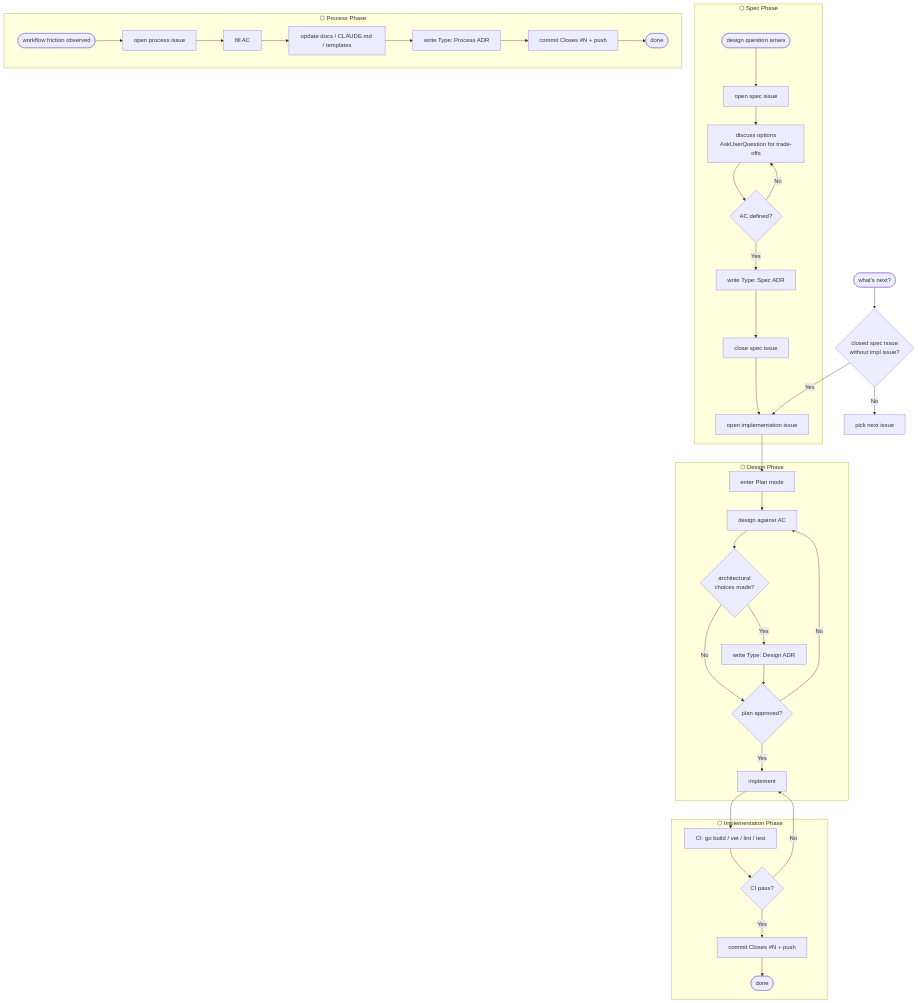
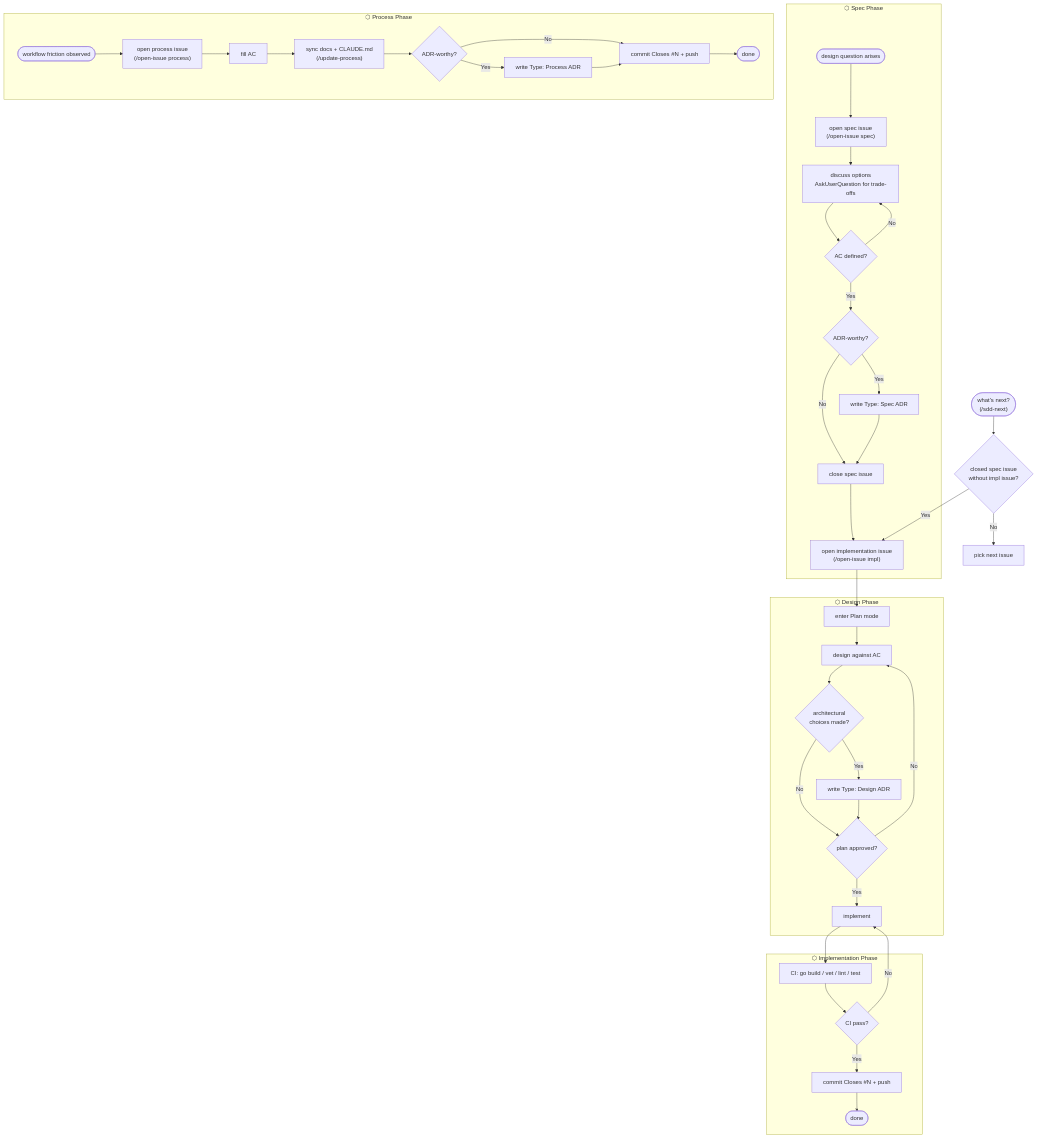
The diagram in docs/workflow.md (zigorou/ark), drawn with Mermaid before and after one commit. The commit also changed 2 other files, not shown here.

Commit message:
process: update harness docs to reflect current skill set
- docs/workflow.md: annotate triage, issue creation, and doc-sync steps
  with /sdd-next, /open-issue, /update-process; make Spec and Process ADR
  nodes conditional (ADR-worthy gate, consistent with Design phase)
- docs/development.md: add Skills row to Tools table; update Process
  Improvement Workflow to reference /open-issue and /update-process
- CLAUDE.md: add Skills bullet to Claude Code Development Workflow section

````diff
--- a/docs/workflow.md
+++ b/docs/workflow.md
@@ -6,45 +6,49 @@
 ```mermaid
 flowchart TD
   subgraph Spec ["⬡ Spec Phase"]
-    S1([design question arises]) --> S2[open spec issue]
+    S1([design question arises]) --> S2["open spec issue\n(/open-issue spec)"]
     S2 --> S3[discuss options\nAskUserQuestion for trade-offs]
     S3 --> S4{AC defined?}
     S4 -->|No| S3
-    S4 -->|Yes| S5[write Type: Spec ADR]
+    S4 -->|Yes| S4b{ADR-worthy?}
+    S4b -->|Yes| S5[write Type: Spec ADR]
+    S4b -->|No| S6
     S5 --> S6[close spec issue]
-    S6 --> S7[open implementation issue]
+    S6 --> S7["open implementation issue\n(/open-issue impl)"]
   end
 
   subgraph Design ["⬡ Design Phase"]
     S7 --> D1[enter Plan mode]
     D1 --> D2[design against AC]
     D2 --> D3{architectural\nchoices made?}
     D3 -->|Yes| D4[write Type: Design ADR]
     D3 -->|No| D5{plan approved?}
     D4 --> D5
     D5 -->|No| D2
     D5 -->|Yes| I1
   end
 
   subgraph Impl ["⬡ Implementation Phase"]
     I1[implement] --> I2["CI: go build / vet / lint / test"]
     I2 --> I3{CI pass?}
     I3 -->|No| I1
     I3 -->|Yes| I4[commit Closes #N + push]
     I4 --> I5([done])
   end
 
   subgraph Proc ["⬡ Process Phase"]
-    P1([workflow friction observed]) --> P2[open process issue]
+    P1([workflow friction observed]) --> P2["open process issue\n(/open-issue process)"]
     P2 --> P3[fill AC]
-    P3 --> P4[update docs / CLAUDE.md / templates]
-    P4 --> P5[write Type: Process ADR]
+    P3 --> P4["sync docs + CLAUDE.md\n(/update-process)"]
+    P4 --> P4b{ADR-worthy?}
+    P4b -->|Yes| P5[write Type: Process ADR]
+    P4b -->|No| P6
     P5 --> P6[commit Closes #N + push]
     P6 --> P7([done])
   end
 
   %% Triage rule
-  T1([what's next?]) --> T2{closed spec issue\nwithout impl issue?}
+  T1(["what's next?\n(/sdd-next)"]) --> T2{closed spec issue\nwithout impl issue?}
   T2 -->|Yes| S7
   T2 -->|No| T3[pick next issue]
 ```
````
